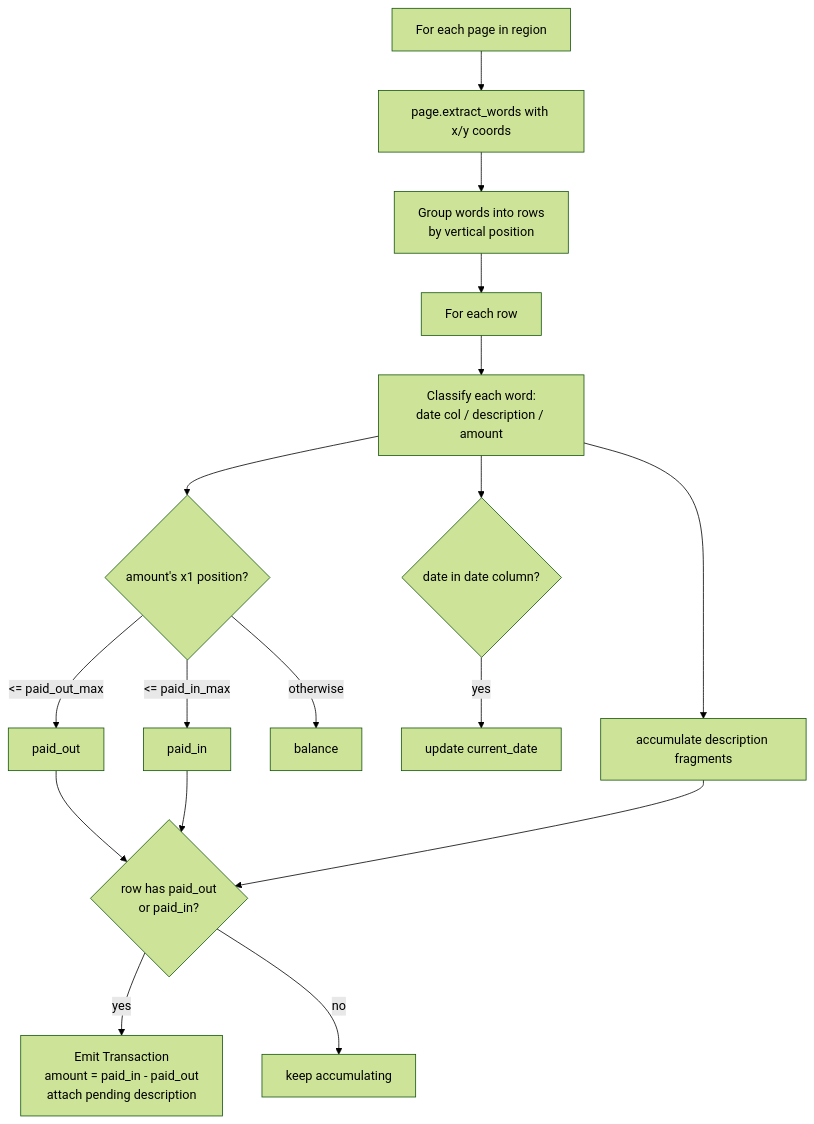
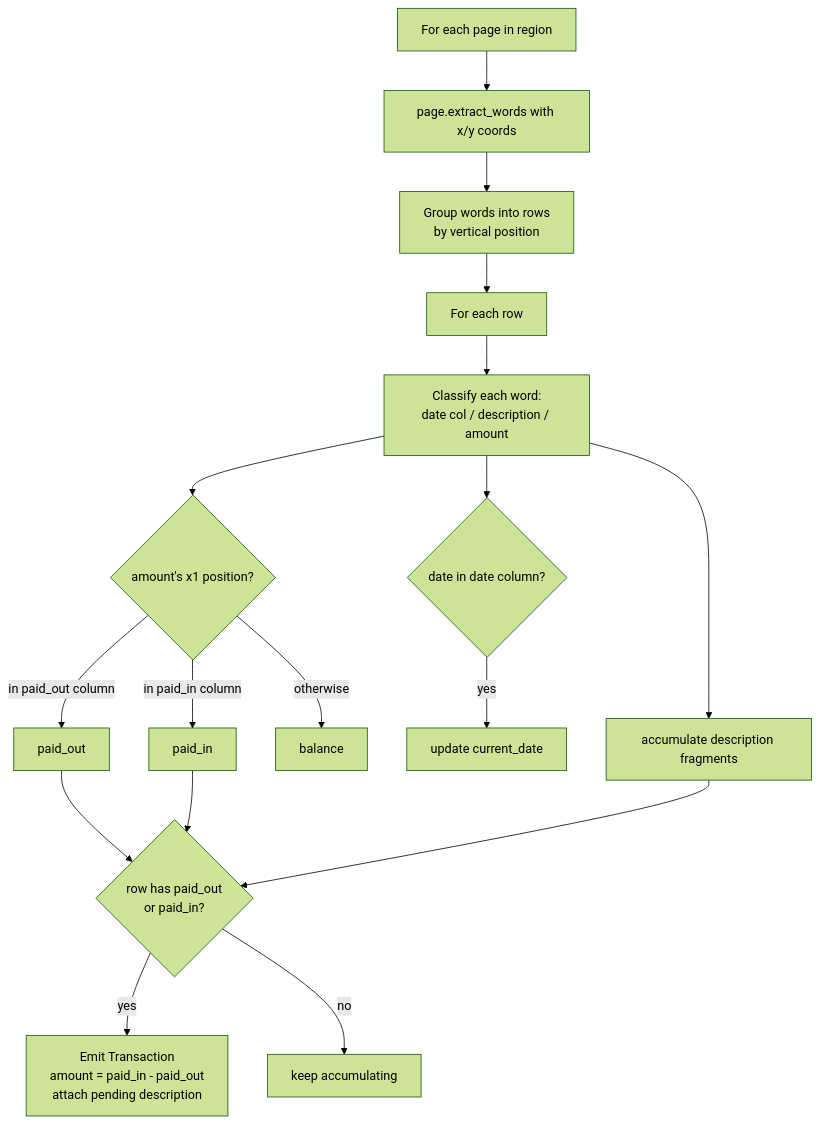
Before and after one commit to kenlim/pdf-bank-statement-extractor: the fifth of 6 diagrams in docs/architecture/extraction-engine.md, drawn with Mermaid (forest theme). The commit also changed 30 other files, not shown here.

````diff
--- a/docs/architecture/extraction-engine.md
+++ b/docs/architecture/extraction-engine.md
@@ -82,19 +82,19 @@
 ```mermaid
 flowchart TD
     p[For each page in region] --> w[page.extract_words with x/y coords]
     w --> grp[Group words into rows<br/>by vertical position]
     grp --> each[For each row]
     each --> cls[Classify each word:<br/>date col / description / amount]
     cls --> amtcol{amount's x1 position?}
-    amtcol -->|<= paid_out_max| po[paid_out]
-    amtcol -->|<= paid_in_max| pi[paid_in]
+    amtcol -->|in paid_out column| po[paid_out]
+    amtcol -->|in paid_in column| pi[paid_in]
     amtcol -->|otherwise| bal[balance]
     cls --> datecol{date in date column?}
     datecol -->|yes| setdate[update current_date]
     cls --> desc[accumulate description fragments]
     po --> emit{row has paid_out<br/>or paid_in?}
     pi --> emit
     emit -->|yes| txn[Emit Transaction<br/>amount = paid_in - paid_out<br/>attach pending description]
     emit -->|no| cont[keep accumulating]
     desc --> emit
 ```
````
